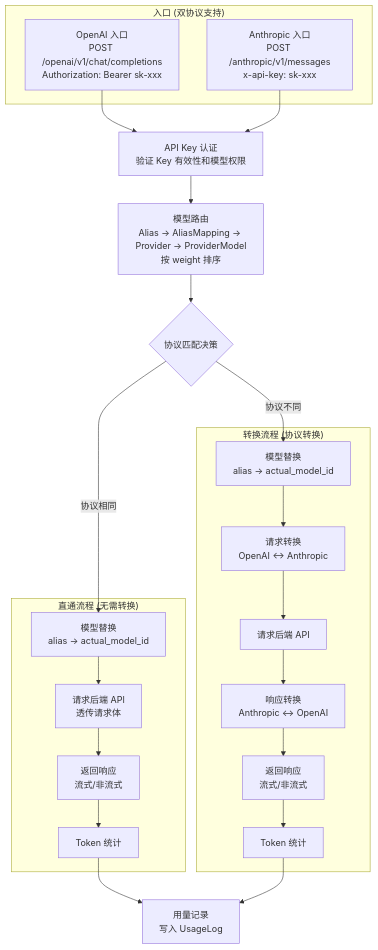
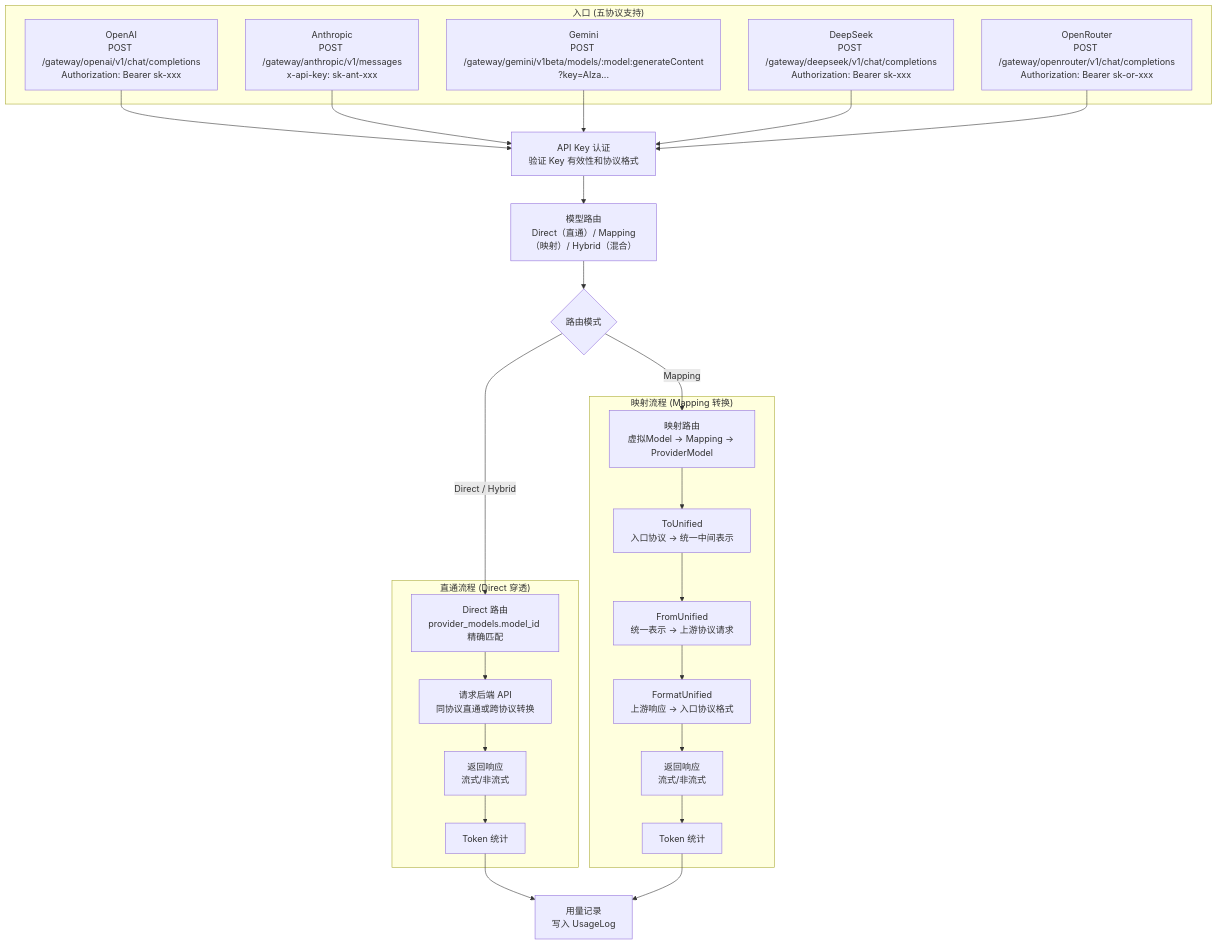
Before and after one commit to aaro-n/AI-Gateway: the first of 3 diagrams in README.md, drawn with Mermaid. The commit also changed other lines of this file and 1 other file, not shown here.

````diff
--- a/README.md
+++ b/README.md
@@ -43,37 +43,43 @@
 ```mermaid
 flowchart TD
-    subgraph 入口["入口 (双协议支持)"]
-        A1["OpenAI 入口<br/>POST /openai/v1/chat/completions<br/>Authorization: Bearer sk-xxx"]
-        A2["Anthropic 入口<br/>POST /anthropic/v1/messages<br/>x-api-key: sk-xxx"]
+    subgraph 入口["入口 (五协议支持)"]
+        A1["OpenAI<br/>POST /gateway/openai/v1/chat/completions<br/>Authorization: Bearer sk-xxx"]
+        A2["Anthropic<br/>POST /gateway/anthropic/v1/messages<br/>x-api-key: sk-ant-xxx"]
+        A3["Gemini<br/>POST /gateway/gemini/v1beta/models/:model:generateContent<br/>?key=AIza..."]
+        A4["DeepSeek<br/>POST /gateway/deepseek/v1/chat/completions<br/>Authorization: Bearer sk-xxx"]
+        A5["OpenRouter<br/>POST /gateway/openrouter/v1/chat/completions<br/>Authorization: Bearer sk-or-xxx"]
     end
 
     A1 --> B
     A2 --> B
+    A3 --> B
+    A4 --> B
+    A5 --> B
 
-    B["API Key 认证<br/>验证 Key 有效性和模型权限"]
-    --> C["模型路由<br/>Alias → AliasMapping → Provider → ProviderModel<br/>按 weight 排序"]
+    B["API Key 认证<br/>验证 Key 有效性和协议格式"]
+    --> C["模型路由<br/>Direct（直通）/ Mapping（映射）/ Hybrid（混合）"]
 
-    --> D{"协议匹配决策"}
+    --> D{"路由模式"}
 
-    D -->|"协议相同"| S1
-    D -->|"协议不同"| S2
+    D -->|"Direct / Hybrid"| S1
+    D -->|"Mapping"| S2
 
-    subgraph 直通流程["直通流程 (无需转换)"]
-        S1["模型替换<br/>alias → actual_model_id"]
-        --> R1["请求后端 API<br/>透传请求体"]
+    subgraph 直通流程["直通流程 (Direct 穿透)"]
+        S1["Direct 路由<br/>provider_models.model_id 精确匹配"]
+        --> R1["请求后端 API<br/>同协议直通或跨协议转换"]
         --> RES1["返回响应<br/>流式/非流式"]
         --> TK1["Token 统计"]
     end
 
-    subgraph 转换流程["转换流程 (协议转换)"]
-        S2["模型替换<br/>alias → actual_model_id"]
-        --> TR1["请求转换<br/>OpenAI ↔ Anthropic"]
-        --> R2["请求后端 API"]
-        --> TR2["响应转换<br/>Anthropic ↔ OpenAI"]
+    subgraph 映射流程["映射流程 (Mapping 转换)"]
+        S2["映射路由<br/>虚拟Model → Mapping → ProviderModel"]
+        --> TR1["ToUnified<br/>入口协议 → 统一中间表示"]
+        --> R2["FromUnified<br/>统一表示 → 上游协议请求"]
+        --> TR2["FormatUnified<br/>上游响应 → 入口协议格式"]
         --> RES2["返回响应<br/>流式/非流式"]
         --> TK2["Token 统计"]
     end
 
     TK1 --> I["用量记录<br/>写入 UsageLog"]
     TK2 --> I
 ```
````
